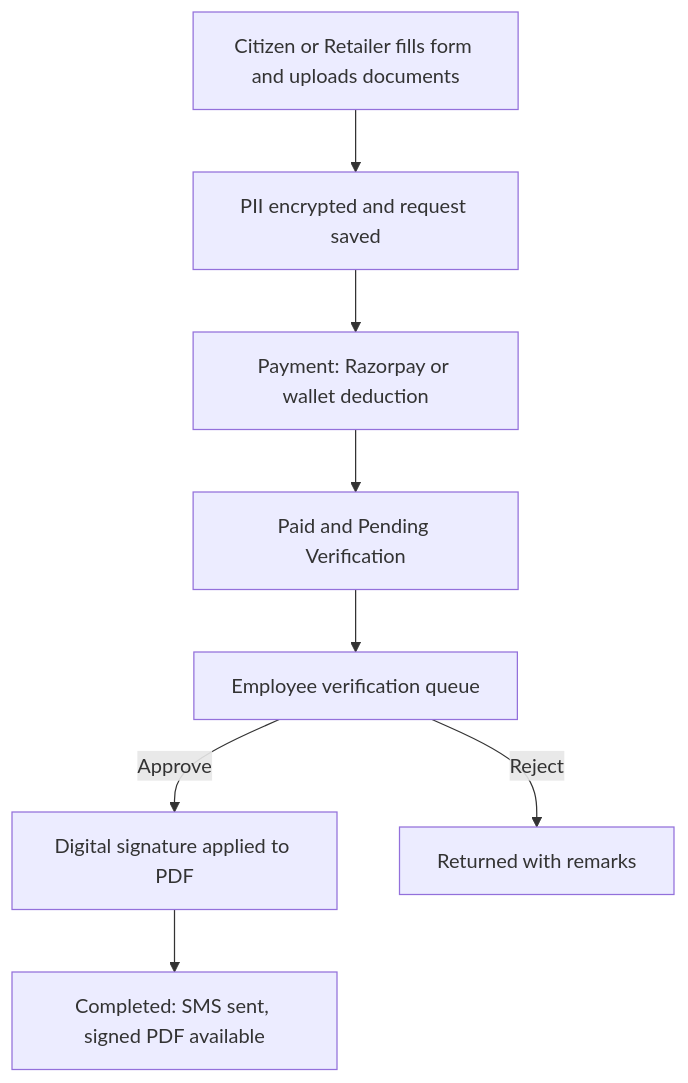
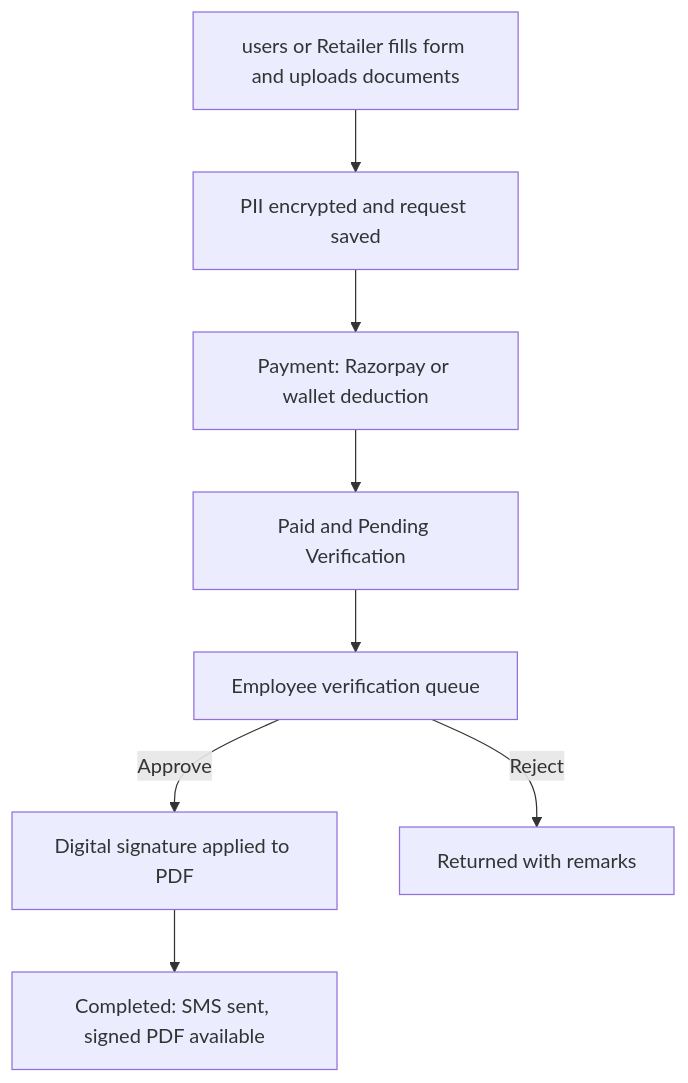
One commit to karthi11040/labourseva_web changed the diagram in LabourSeva Project Master Document 3f46cf8a73da814ebb02e15a0e6625db.md. Above: the diagram before and after it, drawn with Mermaid. The commit also changed other lines of this file and 1 other file, not shown here.

````diff
--- a/LabourSeva Project Master Document 3f46cf8a73da814ebb02e15a0e6625db.md
+++ b/LabourSeva Project Master Document 3f46cf8a73da814ebb02e15a0e6625db.md
@@ -77,10 +77,10 @@
 ```mermaid
 flowchart TD
-    A["Citizen or Retailer fills form and uploads documents"] --> B["PII encrypted and request saved"]
+    A["users or Retailer fills form and uploads documents"] --> B["PII encrypted and request saved"]
     B --> C["Payment: Razorpay or wallet deduction"]
     C --> D["Paid and Pending Verification"]
     D --> E["Employee verification queue"]
     E -->|Approve| F["Digital signature applied to PDF"]
     E -->|Reject| G["Returned with remarks"]
     F --> H["Completed: SMS sent, signed PDF available"]
 ```
````
